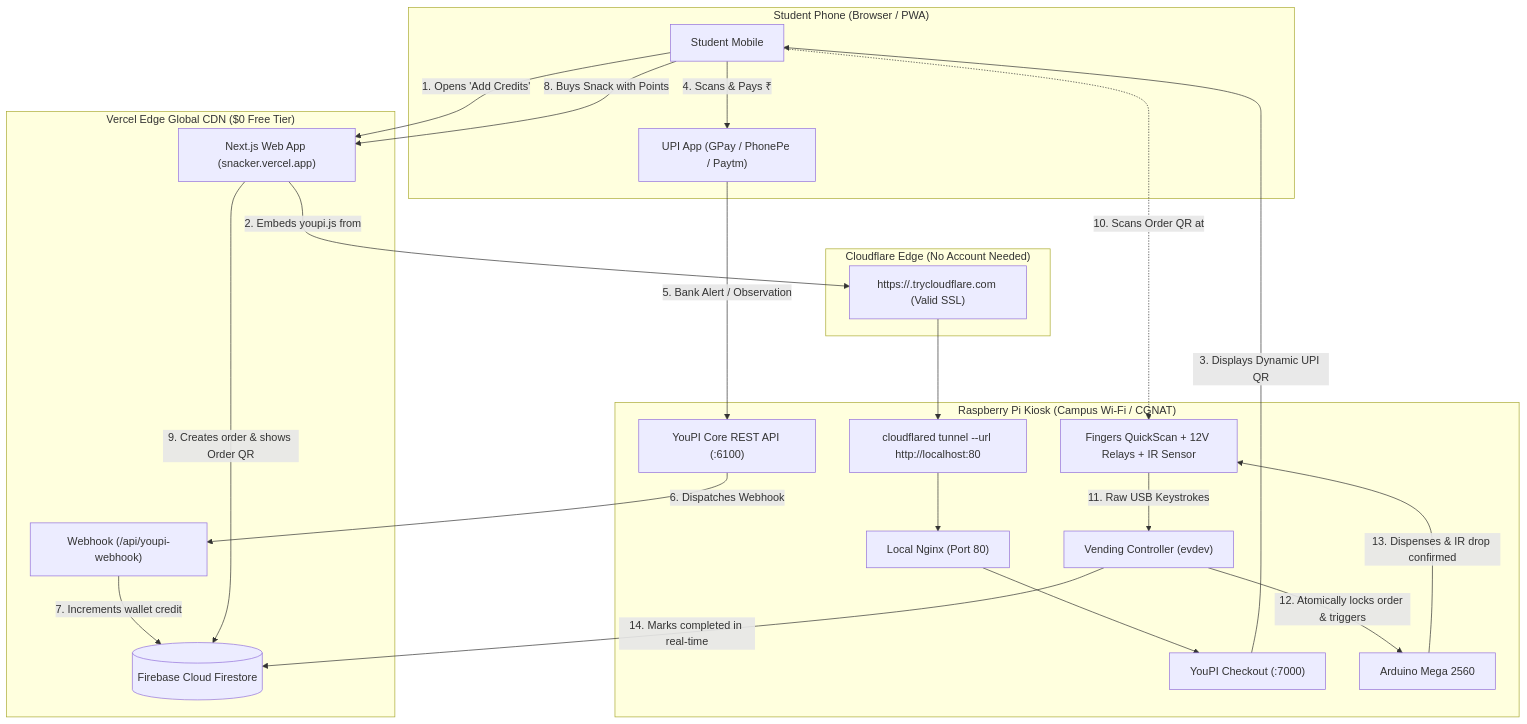
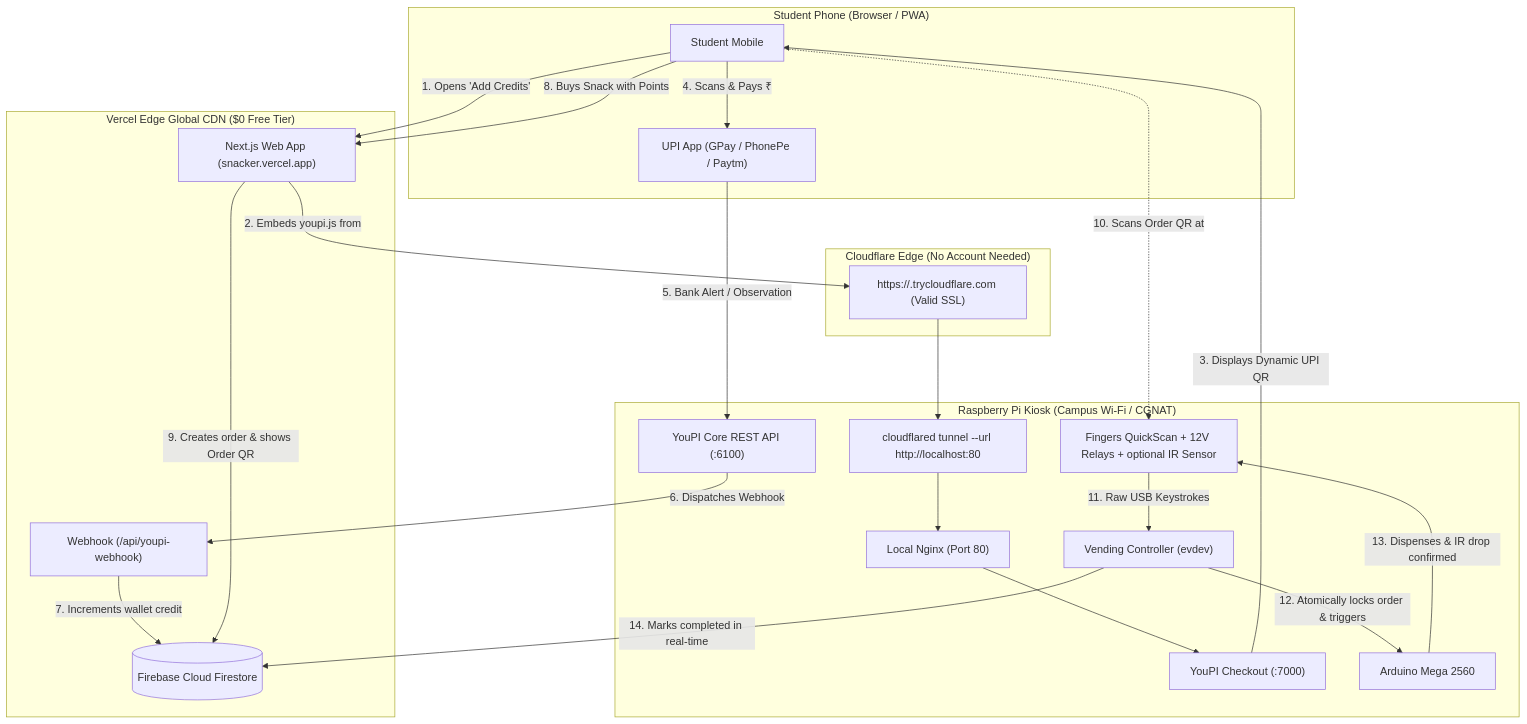
One commit to djmahe4/snacker-backend changed the diagram in docs/PLAN_B_PURE_CLOUDFLARED_TRYCLOUDFLARE.md. Above: the diagram before and after it, drawn with Mermaid. The commit also changed other lines of this file and 17 other files, not shown here.

````diff
--- a/docs/PLAN_B_PURE_CLOUDFLARED_TRYCLOUDFLARE.md
+++ b/docs/PLAN_B_PURE_CLOUDFLARED_TRYCLOUDFLARE.md
@@ -27,48 +27,48 @@
 ```mermaid
 flowchart TD
     subgraph Client ["Student Phone (Browser / PWA)"]
         Phone["Student Mobile"]
         UPIApp["UPI App (GPay / PhonePe / Paytm)"]
     end
 
     subgraph VercelCloud ["Vercel Edge Global CDN ($0 Free Tier)"]
         VercelApp["Next.js Web App (snacker.vercel.app)"]
         VercelWebhook["Webhook (/api/youpi-webhook)"]
         Firestore[("Firebase Cloud Firestore")]
     end
 
     subgraph CloudflareQuick ["Cloudflare Edge (No Account Needed)"]
         QuickTunnel["https://<random>.trycloudflare.com (Valid SSL)"]
     end
 
     subgraph PiKiosk ["Raspberry Pi Kiosk (Campus Wi-Fi / CGNAT)"]
         Cloudflared["cloudflared tunnel --url http://localhost:80"]
         LocalNginx["Local Nginx (Port 80)"]
         YouPICheckout["YouPI Checkout (:7000)"]
         YouPIAPI["YouPI Core REST API (:6100)"]
         PiVending["Vending Controller (evdev)"]
         ArduinoMega["Arduino Mega 2560"]
-        HardwareKiosk["Fingers QuickScan + 12V Relays + IR Sensor"]
+        HardwareKiosk["Fingers QuickScan + 12V Relays + optional IR Sensor"]
     end
 
     %% Flow 1: Wallet Recharge
     Phone -- "1. Opens 'Add Credits'" --> VercelApp
     VercelApp -- "2. Embeds youpi.js from" --> QuickTunnel
     QuickTunnel --> Cloudflared
     Cloudflared --> LocalNginx
     LocalNginx --> YouPICheckout
     YouPICheckout -- "3. Displays Dynamic UPI QR" --> Phone
     Phone -- "4. Scans & Pays ₹" --> UPIApp
     UPIApp -- "5. Bank Alert / Observation" --> YouPIAPI
     YouPIAPI -- "6. Dispatches Webhook" --> VercelWebhook
     VercelWebhook -- "7. Increments wallet credit" --> Firestore
 
     %% Flow 2: Snack Ordering & Dispensing
     Phone -- "8. Buys Snack with Points" --> VercelApp
     VercelApp -- "9. Creates order & shows Order QR" --> Firestore
     Phone -. "10. Scans Order QR at" .-> HardwareKiosk
     HardwareKiosk -- "11. Raw USB Keystrokes" --> PiVending
     PiVending -- "12. Atomically locks order & triggers" --> ArduinoMega
     ArduinoMega -- "13. Dispenses & IR drop confirmed" --> HardwareKiosk
     PiVending -- "14. Marks completed in real-time" --> Firestore
 ```
````
